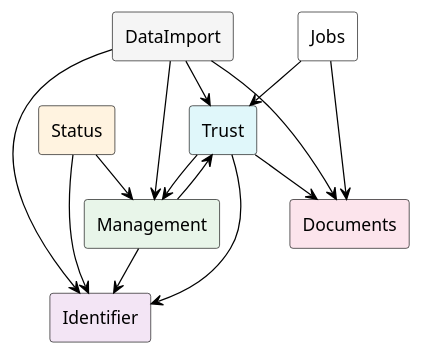
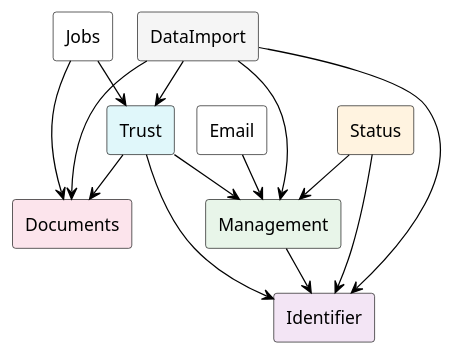
The diagram in docs/models/core-business-modules.puml (swiyu-admin-ch/swiyu-core-business-service), drawn with PlantUML before and after one commit. The commit also changed 65 other files, not shown here.

```diff
--- a/docs/models/core-business-modules.puml
+++ b/docs/models/core-business-modules.puml
@@ -1,45 +1,47 @@
 @startuml module-dependencies
 
 !pragma layout smetana
 
 skinparam componentStyle rectangle
 skinparam ComponentBackgroundColor White
 skinparam ComponentBorderColor Black
 skinparam ArrowColor Black
 skinparam defaultFontName Arial
 
 ' ========================
 ' MODULES
 ' ========================
 
 component "Jobs" as jobs
+component "Email" as email
 component "Management" as management #E8F5E9
 component "Status" as status #FFF3E0
 component "Identifier" as identifier #F3E5F5
 component "Documents" as documents #FCE4EC
 component "Trust" as trust #E0F7FA
 component "DataImport" as dataimport #F5F5F5
 
 ' ========================
 ' DEPENDENCIES
 ' ========================
 
 management --> identifier
-management --> trust
 
 status --> identifier
 status --> management
 
 trust --> management
 trust --> identifier
 trust --> documents
 
 dataimport --> documents
 dataimport --> identifier
 dataimport --> management
 dataimport --> trust
 
 jobs --> documents
 jobs --> trust
 
+email --> management
+
 @enduml
```
